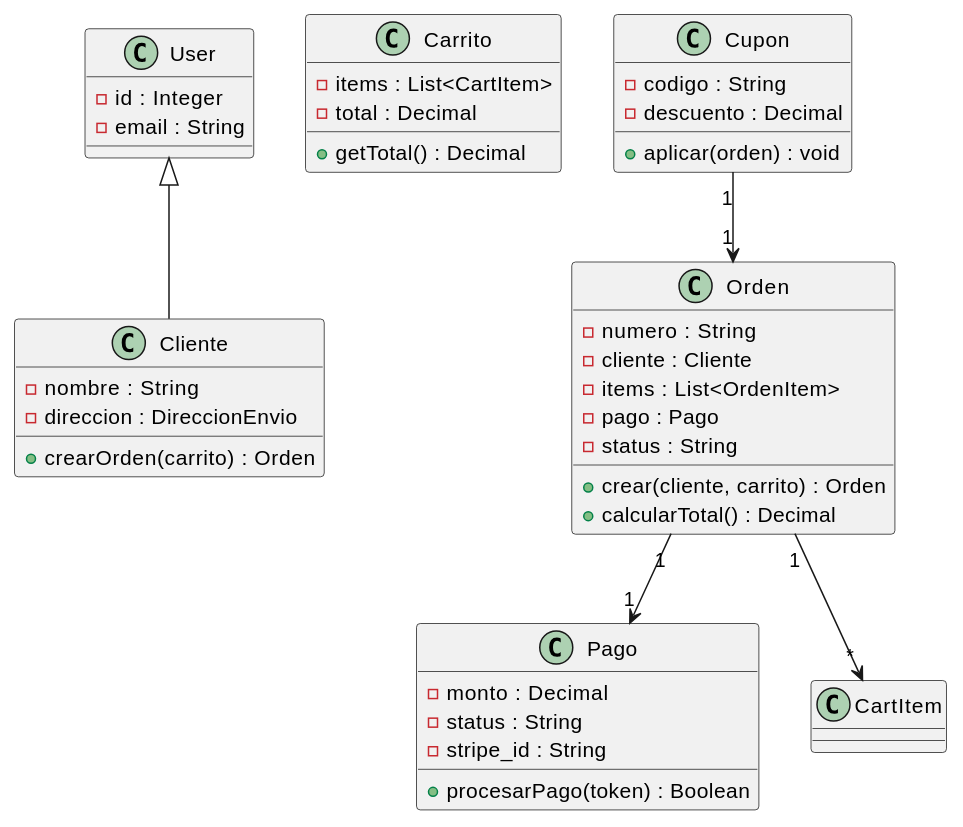
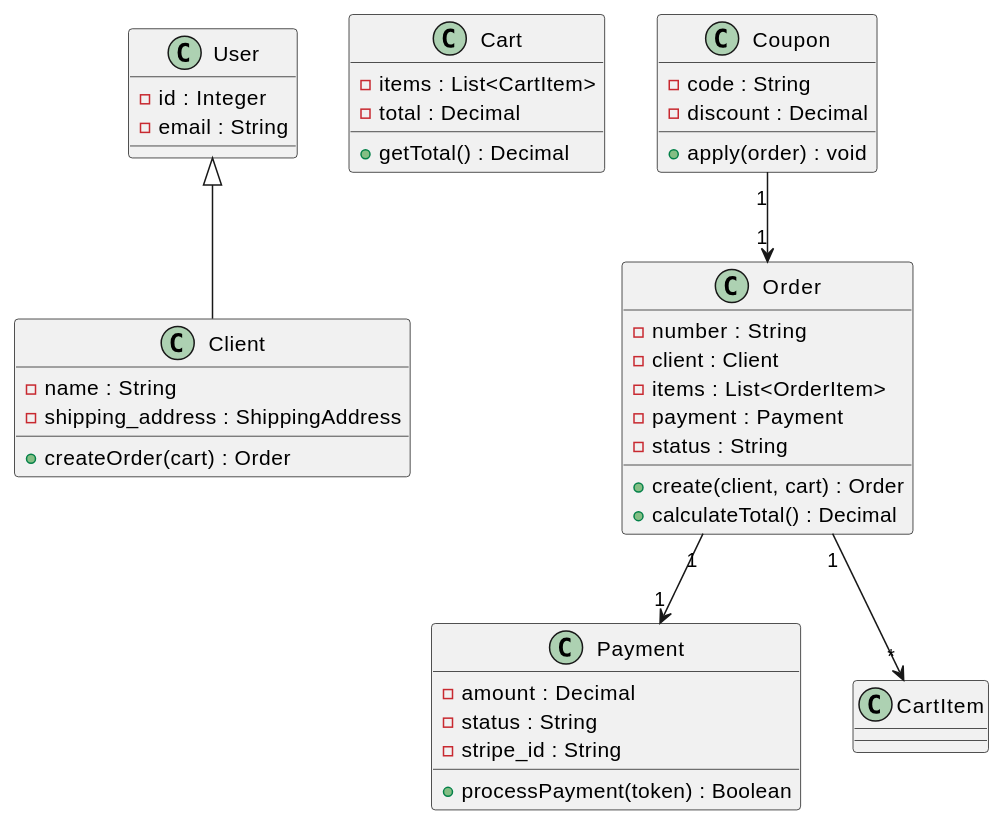
The sixth of 7 diagrams in source/normativa/estandares/metodologia-analisis-dominio-ucs.rst (jcg-admin/IACT-docs), drawn with PlantUML before and after one commit. The commit also changed other lines of this file, not shown here.

```diff
--- a/source/normativa/estandares/metodologia-analisis-dominio-ucs.rst
+++ b/source/normativa/estandares/metodologia-analisis-dominio-ucs.rst
@@ -609,49 +609,49 @@
 .. uml::
 
    @startuml
 
    class User {
      - id : Integer
      - email : String
    }
 
-   class Cliente {
-     - nombre : String
-     - direccion : DireccionEnvio
-     + crearOrden(carrito) : Orden
+   class Client {
+     - name : String
+     - shipping_address : ShippingAddress
+     + createOrder(cart) : Order
    }
 
-   class Carrito {
+   class Cart {
      - items : List<CartItem>
      - total : Decimal
      + getTotal() : Decimal
    }
 
-   class Orden {
-     - numero : String
-     - cliente : Cliente
-     - items : List<OrdenItem>
-     - pago : Pago
+   class Order {
+     - number : String
+     - client : Client
+     - items : List<OrderItem>
+     - payment : Payment
      - status : String
-     + crear(cliente, carrito) : Orden
-     + calcularTotal() : Decimal
+     + create(client, cart) : Order
+     + calculateTotal() : Decimal
    }
 
-   class Pago {
-     - monto : Decimal
+   class Payment {
+     - amount : Decimal
      - status : String
      - stripe_id : String
-     + procesarPago(token) : Boolean
+     + processPayment(token) : Boolean
    }
 
-   class Cupon {
-     - codigo : String
-     - descuento : Decimal
-     + aplicar(orden) : void
+   class Coupon {
+     - code : String
+     - discount : Decimal
+     + apply(order) : void
    }
 
-   User <|-- Cliente
-   Orden "1" --> "1" Pago
-   Orden "1" --> "*" CartItem
-   Cupon "1" --> "1" Orden
+   User <|-- Client
+   Order "1" --> "1" Payment
+   Order "1" --> "*" CartItem
+   Coupon "1" --> "1" Order
    @enduml
```
